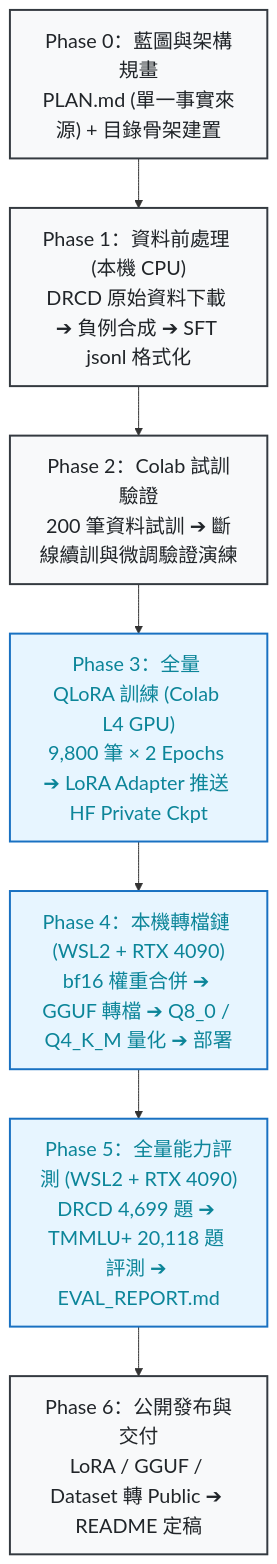
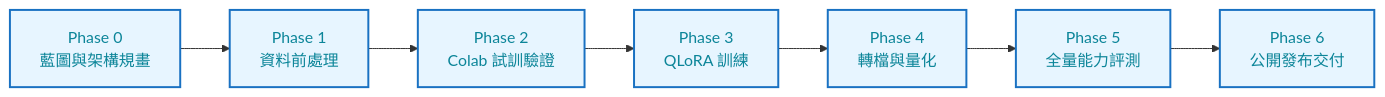
The first of 2 diagrams in README.md (kuotunyu/local-llm-lifecycle), drawn with Mermaid before and after one commit. The commit also changed other lines of this file, not shown here.

Commit message:
docs: balance proportions for both Mermaid flowcharts to eliminate size mismatch

````diff
--- a/README.md
+++ b/README.md
@@ -36,19 +36,8 @@
 ```mermaid
-%%{init: {'themeVariables': {'fontSize': '20px'}}}%%
-flowchart TB
-    P0["Phase 0：藍圖與架構規畫<br/>PLAN.md (單一事實來源) + 目錄骨架建置"]
-    P1["Phase 1：資料前處理 (本機 CPU)<br/>DRCD 原始資料下載 ➔ 負例合成 ➔ SFT jsonl 格式化"]
-    P2["Phase 2：Colab 試訓驗證<br/>200 筆資料試訓 ➔ 斷線續訓與微調驗證演練"]
-    P3["Phase 3：全量 QLoRA 訓練 (Colab L4 GPU)<br/>9,800 筆 × 2 Epochs ➔ LoRA Adapter 推送 HF Private Ckpt"]
-    P4["Phase 4：本機轉檔鏈 (WSL2 + RTX 4090)<br/>bf16 權重合併 ➔ GGUF 轉檔 ➔ Q8_0 / Q4_K_M 量化 ➔ 部署"]
-    P5["Phase 5：全量能力評測 (WSL2 + RTX 4090)<br/>DRCD 4,699 題 ➔ TMMLU+ 20,118 題 評測 ➔ EVAL_REPORT.md"]
-    P6["Phase 6：公開發布與交付<br/>LoRA / GGUF / Dataset 轉 Public ➔ README 定稿"]
+%%{init: {'themeVariables': {'fontSize': '16px'}}}%%
+flowchart LR
+    P0["Phase 0<br/>藍圖與架構規畫"] --> P1["Phase 1<br/>資料前處理"] --> P2["Phase 2<br/>Colab 試訓驗證"] --> P3["Phase 3<br/>QLoRA 訓練"] --> P4["Phase 4<br/>轉檔與量化"] --> P5["Phase 5<br/>全量能力評測"] --> P6["Phase 6<br/>公開發布交付"]
 
-    P0 --> P1 --> P2 --> P3 --> P4 --> P5 --> P6
-
-    classDef stageStyle fill:#f8f9fa,stroke:#343a40,stroke-width:2px,color:#212529
-    classDef highlightStyle fill:#e7f5ff,stroke:#1971c2,stroke-width:2px,color:#0c8599
-
-    class P0,P1,P2,P6 stageStyle
-    class P3,P4,P5 highlightStyle
+    classDef phaseStyle fill:#e7f5ff,stroke:#1971c2,stroke-width:2px,color:#0c8599
+    class P0,P1,P2,P3,P4,P5,P6 phaseStyle
 ```
````
